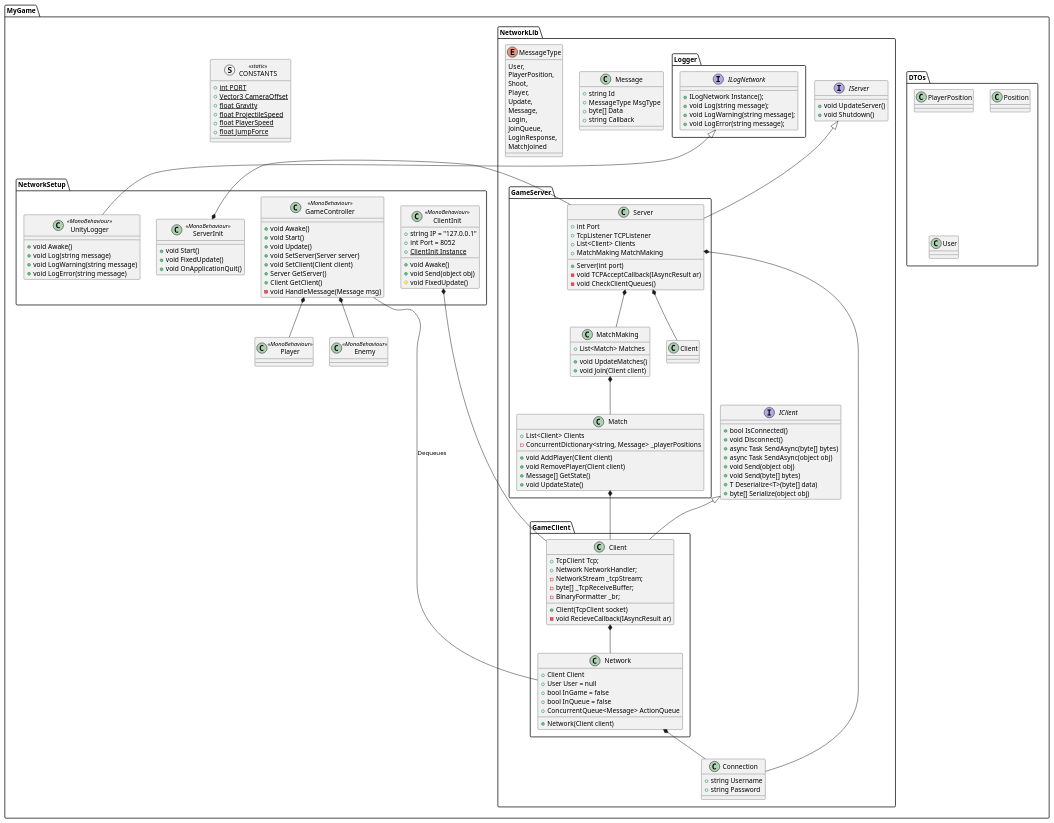
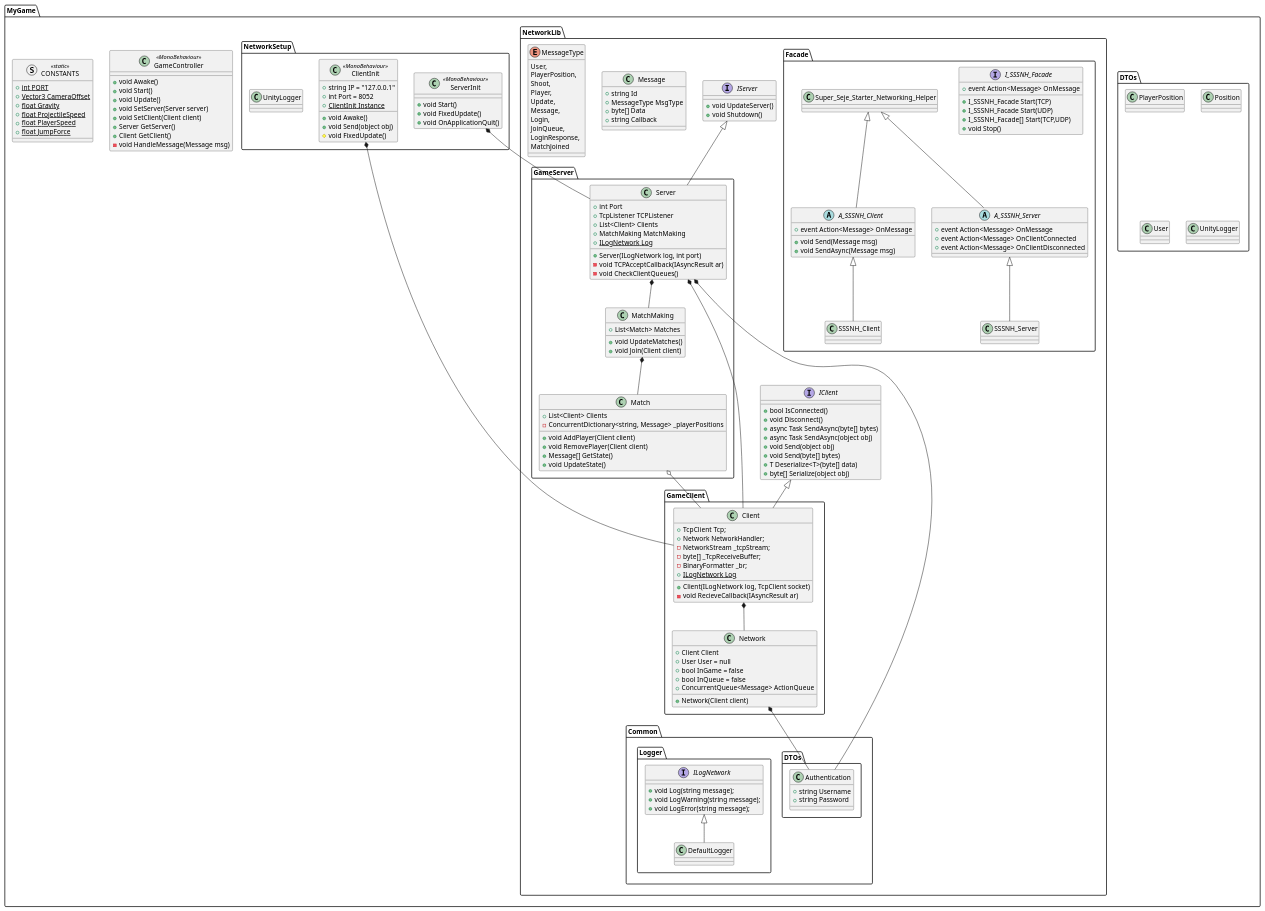
Before and after one commit to mjesper90/Network: the diagram in Assets/Docs/Network.puml, drawn with PlantUML. The commit also changed 66 other files, not shown here.

```diff
--- a/Assets/Docs/Network.puml
+++ b/Assets/Docs/Network.puml
@@ -6,11 +6,75 @@
         class PlayerPosition{}
         class Position{}
         class User{}
+        class UnityLogger{}
     }
+    class GameController <<MonoBehaviour>>{
+        + void Awake()
+        + void Start()
+        + void Update()
+        + void SetServer(Server server)
+        + void SetClient(Client client)
+        + Server GetServer()
+        + Client GetClient()
+        - void HandleMessage(Message msg)
+    }
+
     namespace NetworkLib{
-        class Connection{
-            + string Username
-            + string Password
+        namespace Facade{
+            interface I_SSSNH_Facade{
+                + event Action<Message> OnMessage
+                + I_SSSNH_Facade Start(TCP)
+                + I_SSSNH_Facade Start(UDP)
+                + I_SSSNH_Facade[] Start(TCP,UDP)
+                + void Stop()
+            }
+
+            abstract class A_SSSNH_Client
+            {
+                + event Action<Message> OnMessage
+                + void Send(Message msg)
+                + void SendAsync(Message msg)
+            }
+
+            class SSSNH_Client{
+
+            }
+
+            abstract class A_SSSNH_Server
+            {
+                + event Action<Message> OnMessage
+                + event Action<Message> OnClientConnected
+                + event Action<Message> OnClientDisconnected
+            }
+
+            class SSSNH_Server{
+
+            }
+
+            Super_Seje_Starter_Networking_Helper <|-- A_SSSNH_Client
+            Super_Seje_Starter_Networking_Helper <|-- A_SSSNH_Server
+            A_SSSNH_Client <|-- SSSNH_Client
+            A_SSSNH_Server <|-- SSSNH_Server
+        }
+
+        namespace Common{
+            namespace DTOs{
+                class Authentication{
+                    + string Username
+                    + string Password
+                }
+            }
+            namespace Logger{
+                interface ILogNetwork{
+                    + void Log(string message);
+                    + void LogWarning(string message);
+                    + void LogError(string message);
+                }
+                class DefaultLogger{
+
+                }
+                DefaultLogger -up-|> ILogNetwork
+            }
         }
         interface IClient{
             + bool IsConnected()
@@ -26,14 +90,7 @@
             + void UpdateServer()
             + void Shutdown()
         }
-        namespace Logger{
-            interface ILogNetwork{
-                + ILogNetwork Instance();
-                + void Log(string message);
-                + void LogWarning(string message);
-                + void LogError(string message);
-            }
-        }
+
         namespace GameClient{
             class Client {
                 + TcpClient Tcp;
@@ -41,7 +98,8 @@
                 - NetworkStream _tcpStream;
                 - byte[] _TcpReceiveBuffer;
                 - BinaryFormatter _br;
-                + Client(TcpClient socket)
+                + {static} ILogNetwork Log
+                + Client(ILogNetwork log, TcpClient socket)
                 - void RecieveCallback(IAsyncResult ar)
             }
             class Network {
@@ -59,7 +117,8 @@
                 + TcpListener TCPListener
                 + List<Client> Clients
                 + MatchMaking MatchMaking
-                + Server(int port)
+                + {static} ILogNetwork Log
+                + Server(ILogNetwork log, int port)
                 - void TCPAcceptCallback(IAsyncResult ar)
                 - void CheckClientQueues()
             }
@@ -106,23 +165,8 @@
         + {static} float JumpForce
     }
 
-    class Player <<MonoBehaviour>>{
+    namespace NetworkSetup{
 
-    }
-    class Enemy <<MonoBehaviour>>{
-
-    }
-    namespace NetworkSetup{
-        class GameController <<MonoBehaviour>>{
-            + void Awake()
-            + void Start()
-            + void Update()
-            + void SetServer(Server server)
-            + void SetClient(Client client)
-            + Server GetServer()
-            + Client GetClient()
-            - void HandleMessage(Message msg)
-        }
         class ClientInit <<MonoBehaviour>>{
             + string IP = "127.0.0.1"
             + int Port = 8052
@@ -136,35 +180,26 @@
             + void FixedUpdate()
             + void OnApplicationQuit()
         }
-        class UnityLogger <<MonoBehaviour>>{
-            + void Awake()
-            + void Log(string message)
-            + void LogWarning(string message)
-            + void LogError(string message)
-        }
+        class UnityLogger{}
     }
 }
 
 
 MyGame::NetworkLib::GameClient::Client *-- MyGame::NetworkLib::GameClient::Network
-MyGame::NetworkSetup::GameController *-- MyGame::Enemy
-MyGame::NetworkSetup::GameController *-- MyGame::Player
-MyGame::NetworkSetup::GameController -- MyGame::NetworkLib::GameClient::Network : Dequeues
 
 MyGame::NetworkSetup::ClientInit *-- MyGame::NetworkLib::GameClient::Client
 MyGame::NetworkSetup::ServerInit *-- MyGame::NetworkLib::GameServer::Server
 
 MyGame::NetworkLib::GameServer::Server *-- MyGame::NetworkLib::GameServer::MatchMaking
-MyGame::NetworkLib::GameServer::Server *-- MyGame::NetworkLib::GameServer::Client
+MyGame::NetworkLib::GameServer::Server *-- MyGame::NetworkLib::GameClient::Client
 MyGame::NetworkLib::GameServer::MatchMaking *-- MyGame::NetworkLib::GameServer::Match
-MyGame::NetworkLib::GameServer::Match *-- MyGame::NetworkLib::GameClient::Client
-
-MyGame::NetworkLib::Logger::ILogNetwork <|-- MyGame::NetworkSetup::UnityLogger
+MyGame::NetworkLib::GameServer::Match o-- MyGame::NetworkLib::GameClient::Client
 
 MyGame::NetworkLib::IClient <|-- MyGame::NetworkLib::GameClient::Client
 MyGame::NetworkLib::IServer <|-- MyGame::NetworkLib::GameServer::Server
 
-MyGame::NetworkLib::GameServer::Server *-- MyGame::NetworkLib::Connection
-MyGame::NetworkLib::GameClient::Network *-- MyGame::NetworkLib::Connection
+MyGame::NetworkLib::GameServer::Server *-- MyGame::NetworkLib::Common::DTOs::Authentication
+MyGame::NetworkLib::GameClient::Network *-- MyGame::NetworkLib::Common::DTOs::Authentication
+
 
 @enduml
```
